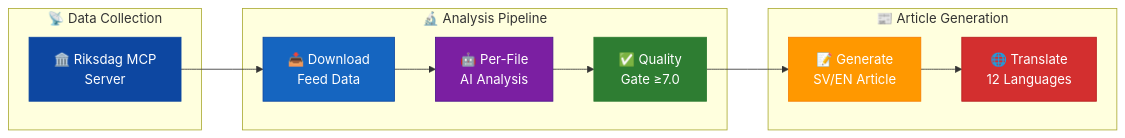
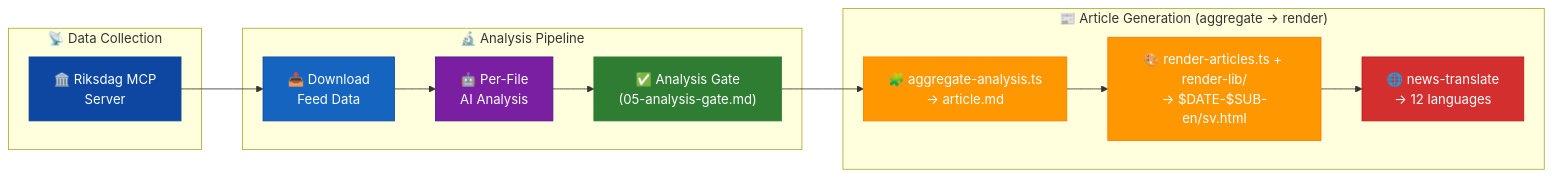
The third of 7 diagrams in analysis/README.md (Hack23/riksdagsmonitor), drawn with Mermaid before and after one commit. The commit also changed other lines of this file and 2 other files, not shown here.

First line of the commit message:
docs: integrate aggregate-then-render pipeline into analysis README, SWOT S4, TRANSLATION_GUIDE

````diff
--- a/analysis/README.md
+++ b/analysis/README.md
@@ -217,26 +217,28 @@
 ```mermaid
 flowchart LR
     subgraph "📡 Data Collection"
         RD["🏛️ Riksdag MCP\nServer"]
     end
 
     subgraph "🔬 Analysis Pipeline"
         DL["📥 Download\nFeed Data"]
         AI["🤖 Per-File\nAI Analysis"]
-        QG["✅ Quality\nGate ≥7.0"]
+        QG["✅ Analysis Gate\n(05-analysis-gate.md)"]
     end
 
-    subgraph "📰 Article Generation"
-        GEN["📝 Generate\nSV/EN Article"]
-        TR["🌐 Translate\n12 Languages"]
+    subgraph "📰 Article Generation (aggregate → render)"
+        AGG["🧩 aggregate-analysis.ts\n→ article.md"]
+        REN["🎨 render-articles.ts + render-lib/\n→ $DATE-$SUB-en/sv.html"]
+        TR["🌐 news-translate\n→ 12 languages"]
     end
 
-    RD --> DL --> AI --> QG --> GEN --> TR
+    RD --> DL --> AI --> QG --> AGG --> REN --> TR
 
     style RD fill:#0D47A1,stroke:#0D47A1,color:#FFFFFF
     style DL fill:#1565C0,stroke:#0D47A1,color:#FFFFFF
     style AI fill:#7B1FA2,stroke:#4A148C,color:#FFFFFF
     style QG fill:#2E7D32,stroke:#2E7D32,color:#FFFFFF
-    style GEN fill:#FF9800,stroke:#F57C00,color:#FFFFFF
+    style AGG fill:#FF9800,stroke:#F57C00,color:#FFFFFF
+    style REN fill:#FF9800,stroke:#F57C00,color:#FFFFFF
     style TR fill:#D32F2F,stroke:#B71C1C,color:#FFFFFF
 ```
````
